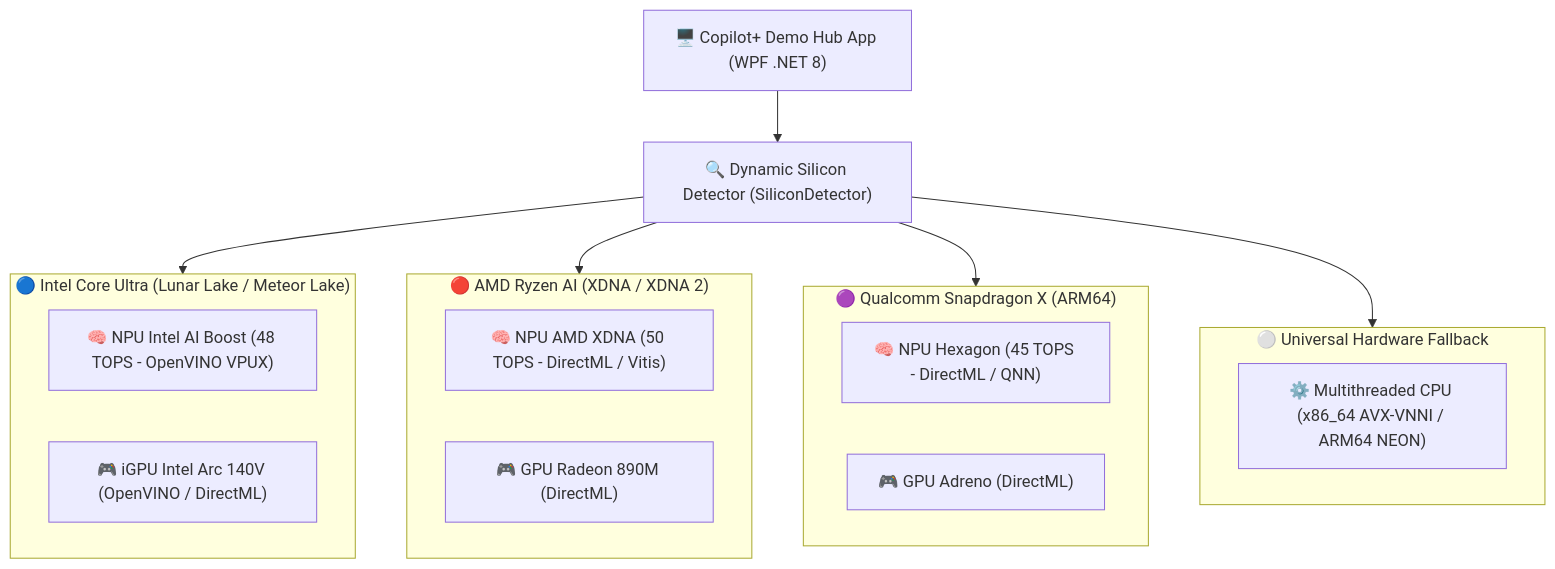
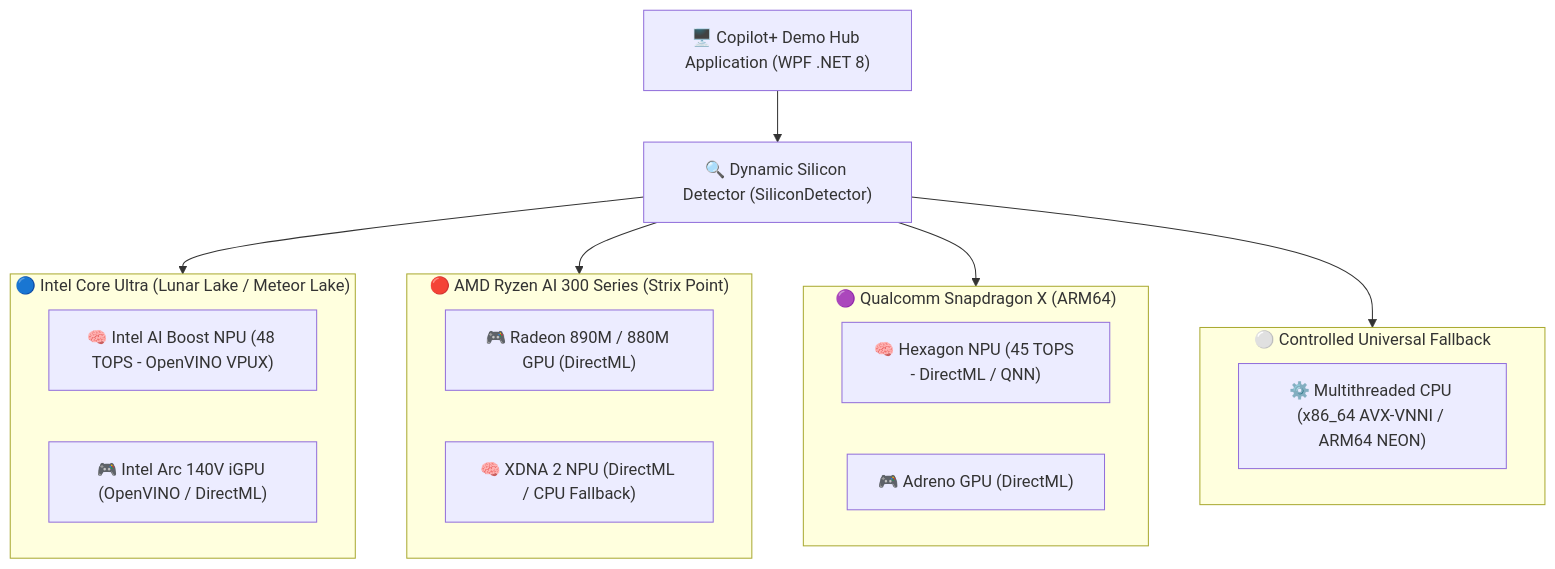
One commit to JuGhithub/CopilotPlusDemoHub changed the first of 2 diagrams in README.md. Above: the diagram before and after it, drawn with Mermaid. The commit also changed other lines of this file and 7 other files, not shown here.

````diff
--- a/README.md
+++ b/README.md
@@ -26,30 +37,30 @@
 ```mermaid
 flowchart TD
-    App["🖥️ Copilot+ Demo Hub App (WPF .NET 8)"]
+    App["🖥️ Copilot+ Demo Hub Application (WPF .NET 8)"]
     Detect["🔍 Dynamic Silicon Detector (SiliconDetector)"]
     App --> Detect
     
     subgraph Intel["🔵 Intel Core Ultra (Lunar Lake / Meteor Lake)"]
-        IntelNPU["🧠 NPU Intel AI Boost (48 TOPS - OpenVINO VPUX)"]
-        IntelGPU["🎮 iGPU Intel Arc 140V (OpenVINO / DirectML)"]
+        IntelNPU["🧠 Intel AI Boost NPU (48 TOPS - OpenVINO VPUX)"]
+        IntelGPU["🎮 Intel Arc 140V iGPU (OpenVINO / DirectML)"]
     end
     
-    subgraph AMD["🔴 AMD Ryzen AI (XDNA / XDNA 2)"]
-        AmdNPU["🧠 NPU AMD XDNA (50 TOPS - DirectML / Vitis)"]
-        AmdGPU["🎮 GPU Radeon 890M (DirectML)"]
+    subgraph AMD["🔴 AMD Ryzen AI 300 Series (Strix Point)"]
+        AMDGPU["🎮 Radeon 890M / 880M GPU (DirectML)"]
+        AMDNPU["🧠 XDNA 2 NPU (DirectML / CPU Fallback)"]
     end
     
     subgraph Qualcomm["🟣 Qualcomm Snapdragon X (ARM64)"]
-        QcomNPU["🧠 NPU Hexagon (45 TOPS - DirectML / QNN)"]
-        QcomGPU["🎮 GPU Adreno (DirectML)"]
+        QcomNPU["🧠 Hexagon NPU (45 TOPS - DirectML / QNN)"]
+        QcomGPU["🎮 Adreno GPU (DirectML)"]
     end
     
-    subgraph Universal["⚪ Universal Hardware Fallback"]
+    subgraph Universal["⚪ Controlled Universal Fallback"]
         UnivCPU["⚙️ Multithreaded CPU (x86_64 AVX-VNNI / ARM64 NEON)"]
     end
     
     Detect --> Intel
     Detect --> AMD
     Detect --> Qualcomm
     Detect --> Universal
 ```
````
